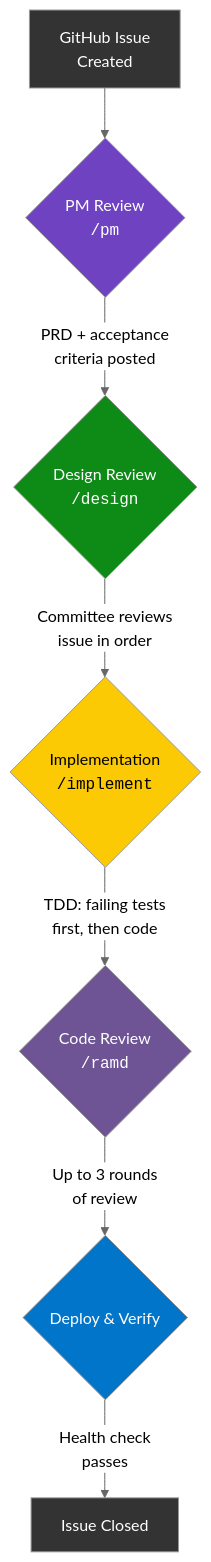
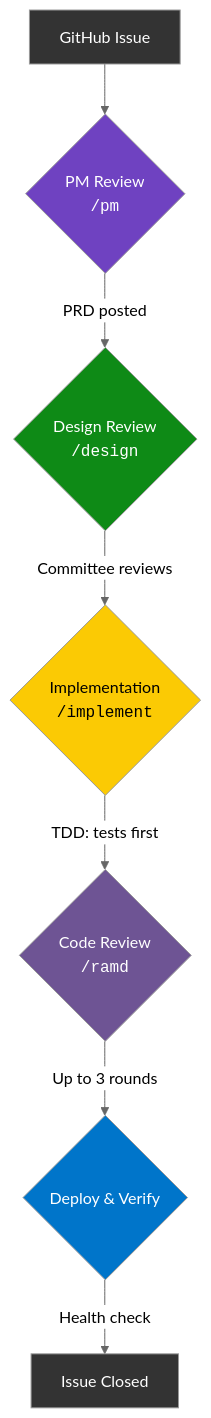
One commit to suniljames/directives changed the third of 4 diagrams in docs/why.md. Above: the diagram before and after it, drawn with Mermaid (neutral theme). The commit also changed other lines of this file and 2 other files, not shown here.

````diff
--- a/docs/why.md
+++ b/docs/why.md
@@ -99,17 +97,17 @@
 ```mermaid
 graph TD
-    A["GitHub Issue<br/>Created"] --> B{"PM Review<br/><code>/pm</code>"}
-    B -->|"PRD + acceptance<br/>criteria posted"| C{"Design Review<br/><code>/design</code>"}
-    C -->|"Committee reviews<br/>issue in order"| D{"Implementation<br/><code>/implement</code>"}
-    D -->|"TDD: failing tests<br/>first, then code"| E{"Code Review<br/><code>/ramd</code>"}
-    E -->|"Up to 3 rounds<br/>of review"| F{"Deploy & Verify"}
-    F -->|"Health check<br/>passes"| G["Issue Closed"]
+    A["GitHub Issue"] --> B{"PM Review<br/><code>/pm</code>"}
+    B -->|"PRD posted"| C{"Design Review<br/><code>/design</code>"}
+    C -->|"Committee reviews"| D{"Implementation<br/><code>/implement</code>"}
+    D -->|"TDD: tests first"| E{"Code Review<br/><code>/ramd</code>"}
+    E -->|"Up to 3 rounds"| F{"Deploy & Verify"}
+    F -->|"Health check"| G["Issue Closed"]
 
     style A fill:#333,color:#fff
     style B fill:#6f42c1,color:#fff
     style C fill:#0e8a16,color:#fff
     style D fill:#fbca04,color:#000
     style E fill:#6e5494,color:#fff
     style F fill:#0075ca,color:#fff
     style G fill:#333,color:#fff
 ```
````
